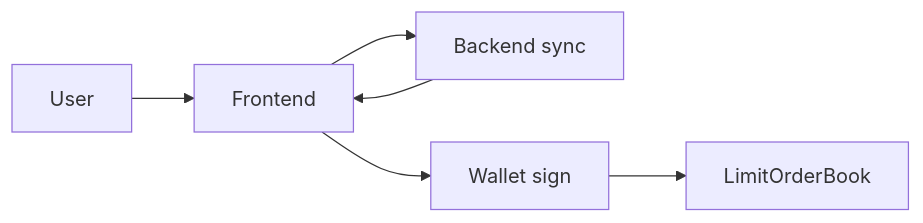
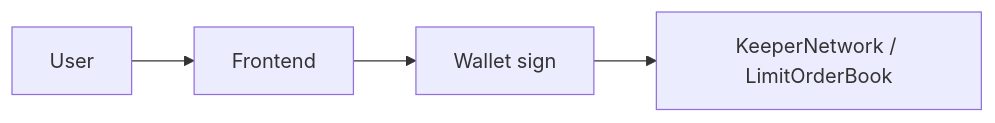
One commit to ntfound-dev/zkcarel_protocol changed the fourth of 6 diagrams in README.md. Above: the diagram before and after it, drawn with Mermaid. The commit also changed other lines of this file and 1 other file, not shown here.

Commit message:
docs: tighten architecture diagram precision

````diff
--- a/README.md
+++ b/README.md
@@ -181,8 +182,6 @@
 ```mermaid
 flowchart LR
   U[User] --> FE[Frontend]
-  FE --> API[Backend sync]
-  API --> FE
   FE --> W[Wallet sign]
-  W --> LOB[LimitOrderBook]
+  W --> LOB[KeeperNetwork / LimitOrderBook]
 ```
````
